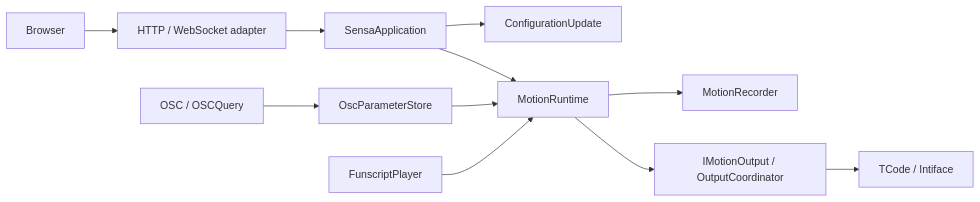
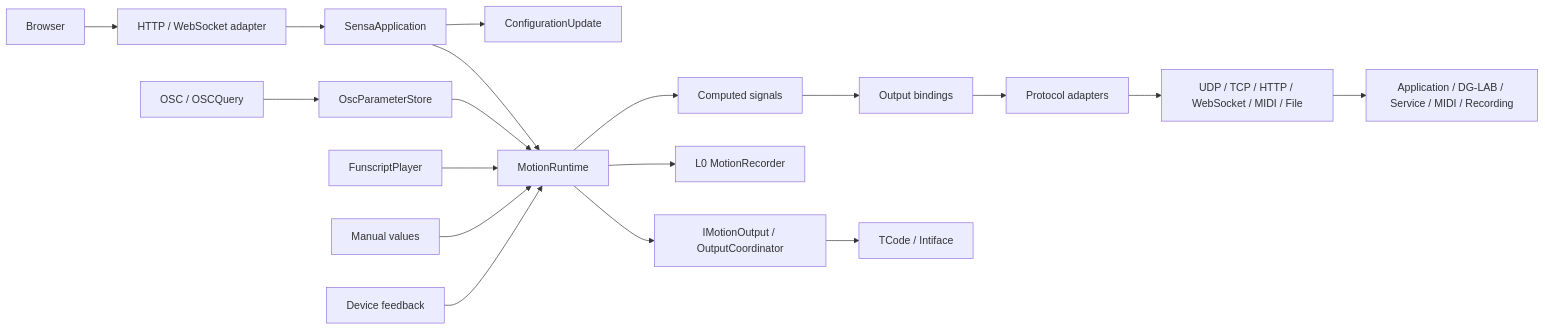
One commit to SeaLoong/Sensa changed the diagram in docs/architecture.en.md. Above: the diagram before and after it, drawn with Mermaid. The commit also changed other lines of this file and 97 other files, not shown here.

Commit message:
Add configurable signal pipelines, protocol outputs and shared WebUI sessions

````diff
--- a/docs/architecture.en.md
+++ b/docs/architecture.en.md
@@ -9,13 +9,20 @@
 ```mermaid
 flowchart LR
   Browser --> HTTP[HTTP / WebSocket adapter]
   HTTP --> App[SensaApplication]
   App --> Config[ConfigurationUpdate]
   App --> Runtime[MotionRuntime]
   OSC[OSC / OSCQuery] --> Store[OscParameterStore]
   Store --> Runtime
   Script[FunscriptPlayer] --> Runtime
-  Runtime --> Record[MotionRecorder]
+  Manual[Manual values] --> Runtime
+  Feedback[Device feedback] --> Runtime
+  Runtime --> Compute[Computed signals]
+  Compute --> Bindings[Output bindings]
+  Bindings --> Protocol[Protocol adapters]
+  Protocol --> Transport[UDP / TCP / HTTP / WebSocket / MIDI / File]
+  Transport --> Destinations[Application / DG-LAB / Service / MIDI / Recording]
+  Runtime --> Record[L0 MotionRecorder]
   Runtime --> Output[IMotionOutput / OutputCoordinator]
   Output --> Devices[TCode / Intiface]
 ```
````
